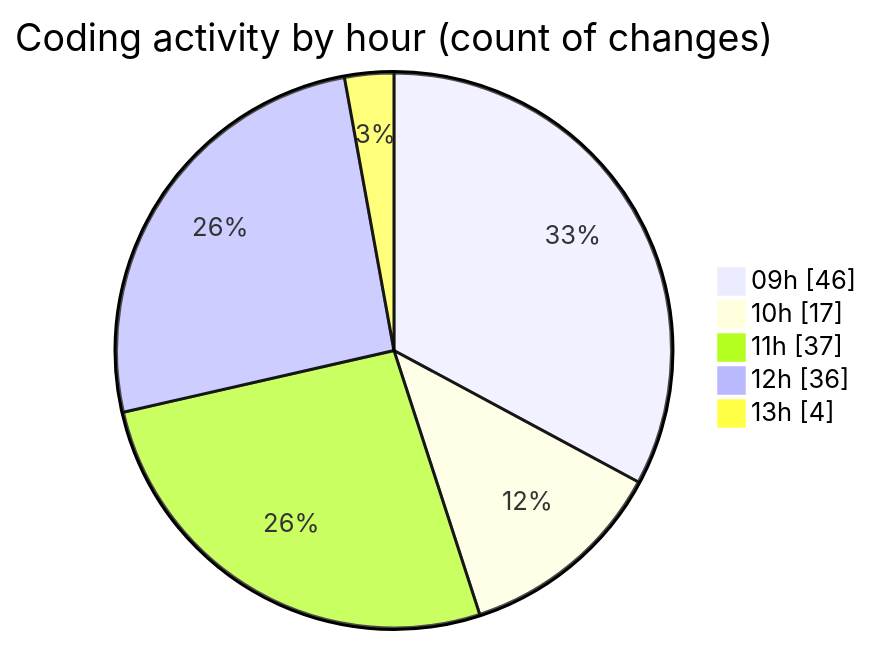
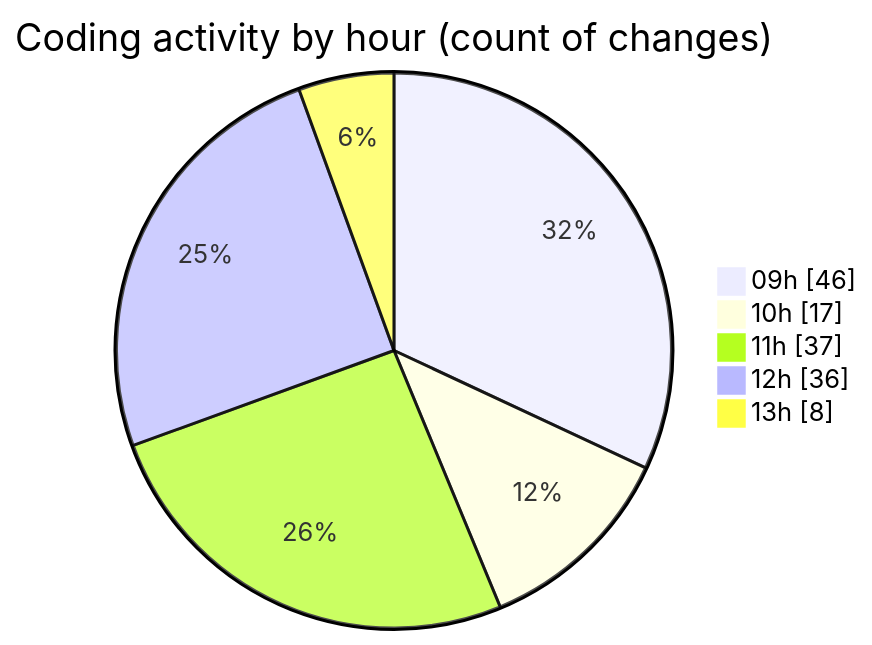
The second of 2 diagrams in 2025-03-25/cda/README.md (momahboobian/code-tracking), drawn with Mermaid before and after one commit. The commit also changed other lines of this file and 1 other file, not shown here.

````diff
--- a/2025-03-25/cda/README.md
+++ b/2025-03-25/cda/README.md
@@ -50,9 +50,9 @@
 ```mermaid
 pie showData
 title Coding activity by hour (count of changes)
 "09h" : 46
 "10h" : 17
 "11h" : 37
 "12h" : 36
-"13h" : 4
+"13h" : 8
 ```
````
